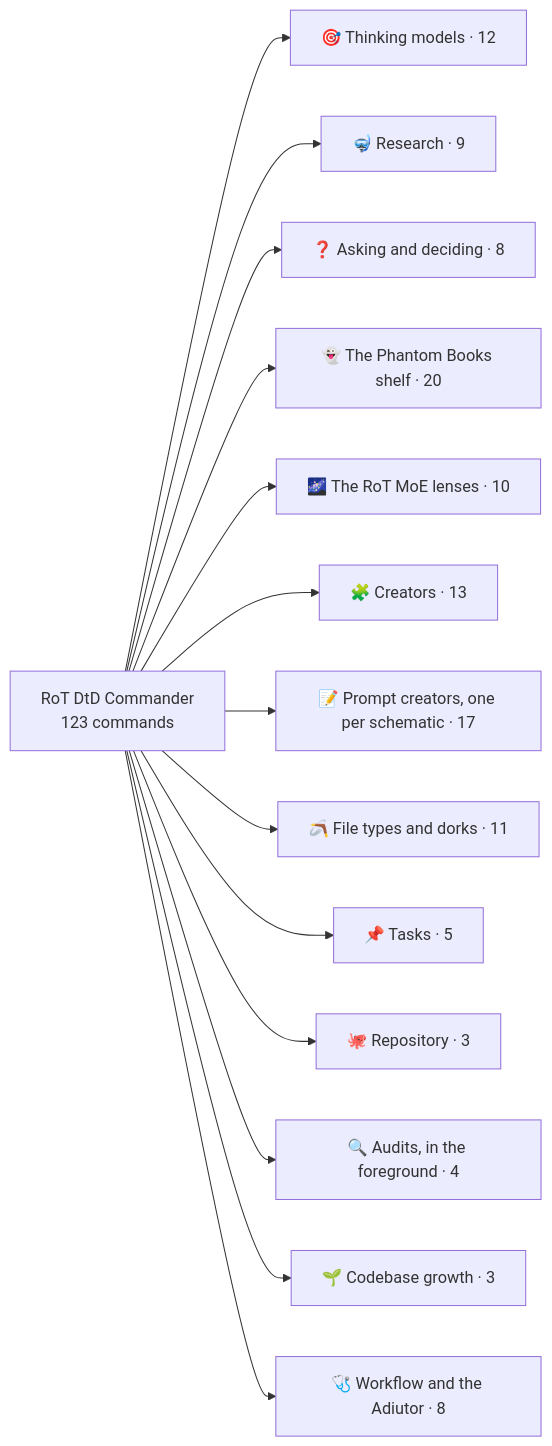
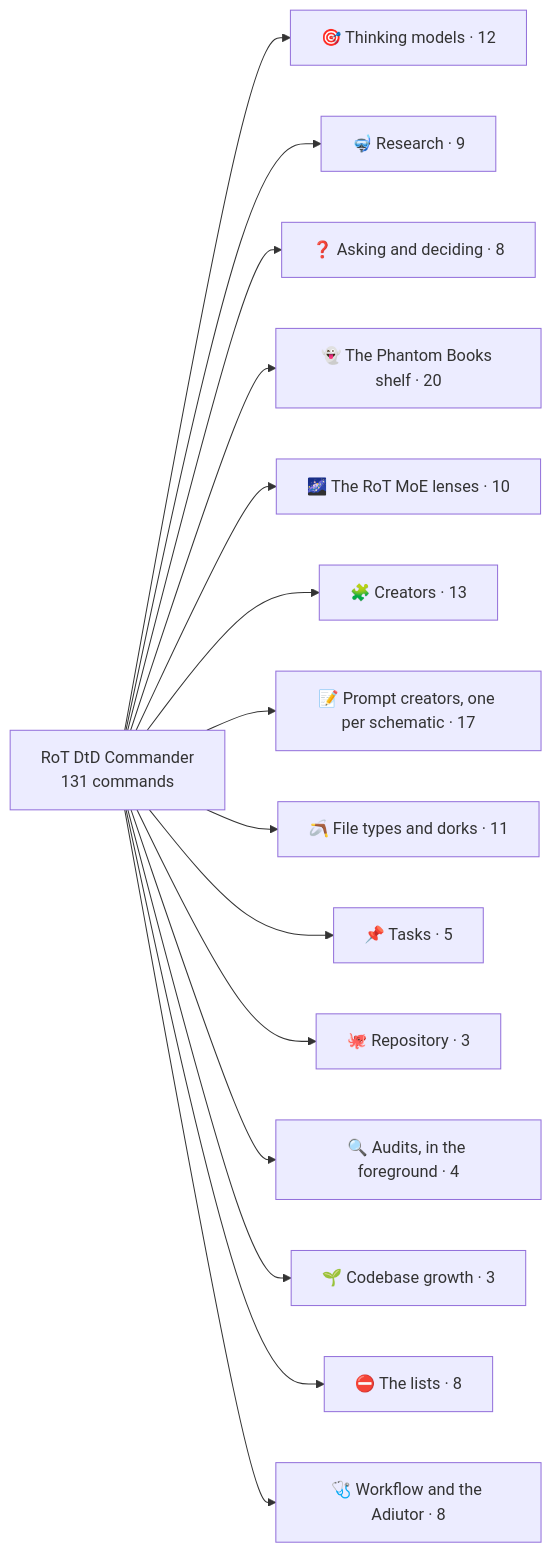
The diagram in README.md (Nova-Violet-Role/RoT-DtD-Commander), drawn with Mermaid before and after one commit. The commit also changed other lines of this file and 179 other files, not shown here.

````diff
--- a/README.md
+++ b/README.md
@@ -215,17 +215,18 @@
 ```mermaid
 flowchart LR
-  R["RoT DtD Commander<br/>123 commands"]
+  R["RoT DtD Commander<br/>131 commands"]
   R --> thinking["🎯 Thinking models · 12"]
   R --> research["🤿 Research · 9"]
   R --> asking["❓ Asking and deciding · 8"]
   R --> shelf["👻 The Phantom Books shelf · 20"]
   R --> lenses["🌌 The RoT MoE lenses · 10"]
   R --> creators["🧩 Creators · 13"]
   R --> prompts["📝 Prompt creators, one per schematic · 17"]
   R --> filetypes["🪃 File types and dorks · 11"]
   R --> tasks["📌 Tasks · 5"]
   R --> repository["🐙 Repository · 3"]
   R --> audits["🔍 Audits, in the foreground · 4"]
   R --> growth["🌱 Codebase growth · 3"]
+  R --> lists["⛔ The lists · 8"]
   R --> workflow["🩺 Workflow and the Adiutor · 8"]
 ```
````
